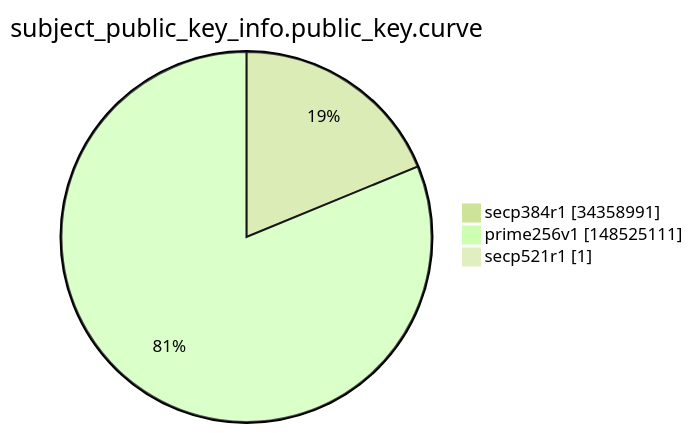
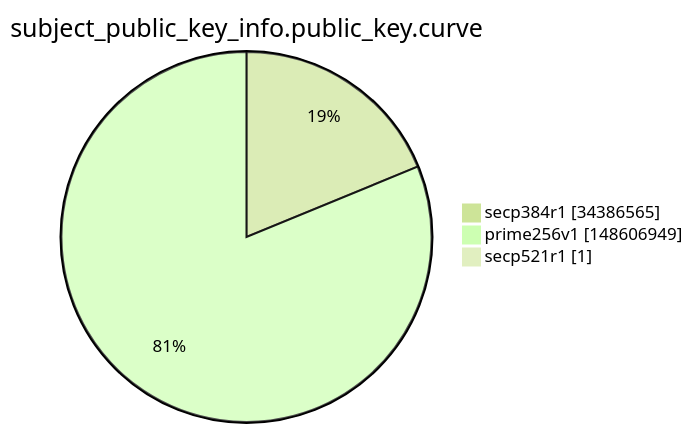
Before and after one commit to christiankrug/ctmonitor_visualization: the ninth of 15 diagrams in argon2022/README.md, drawn with Mermaid (forest theme). The commit also changed other lines of this file, not shown here.

````diff
--- a/argon2022/README.md
+++ b/argon2022/README.md
@@ -2764,7 +2764,7 @@
 ```mermaid
 pie showData
 title subject_public_key_info.public_key.curve
-"secp384r1" :34358991
-"prime256v1" :148525111
+"secp384r1" :34386565
+"prime256v1" :148606949
 "secp521r1" :1
 ```
````
